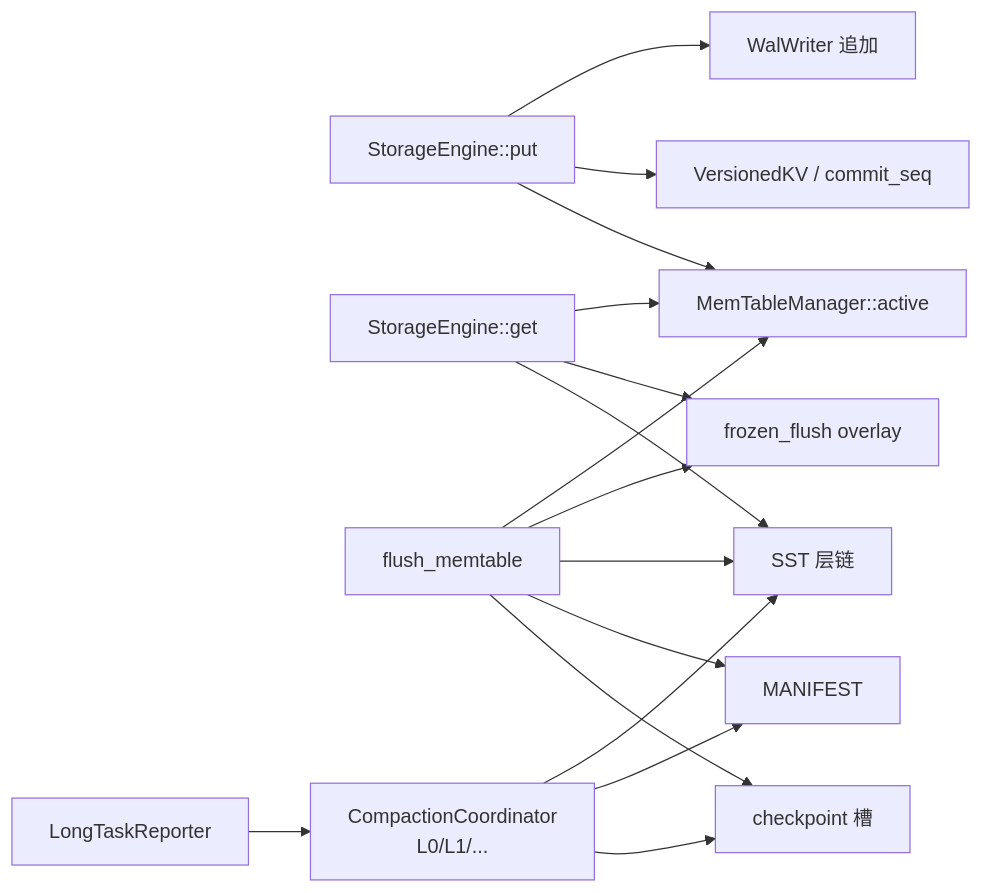
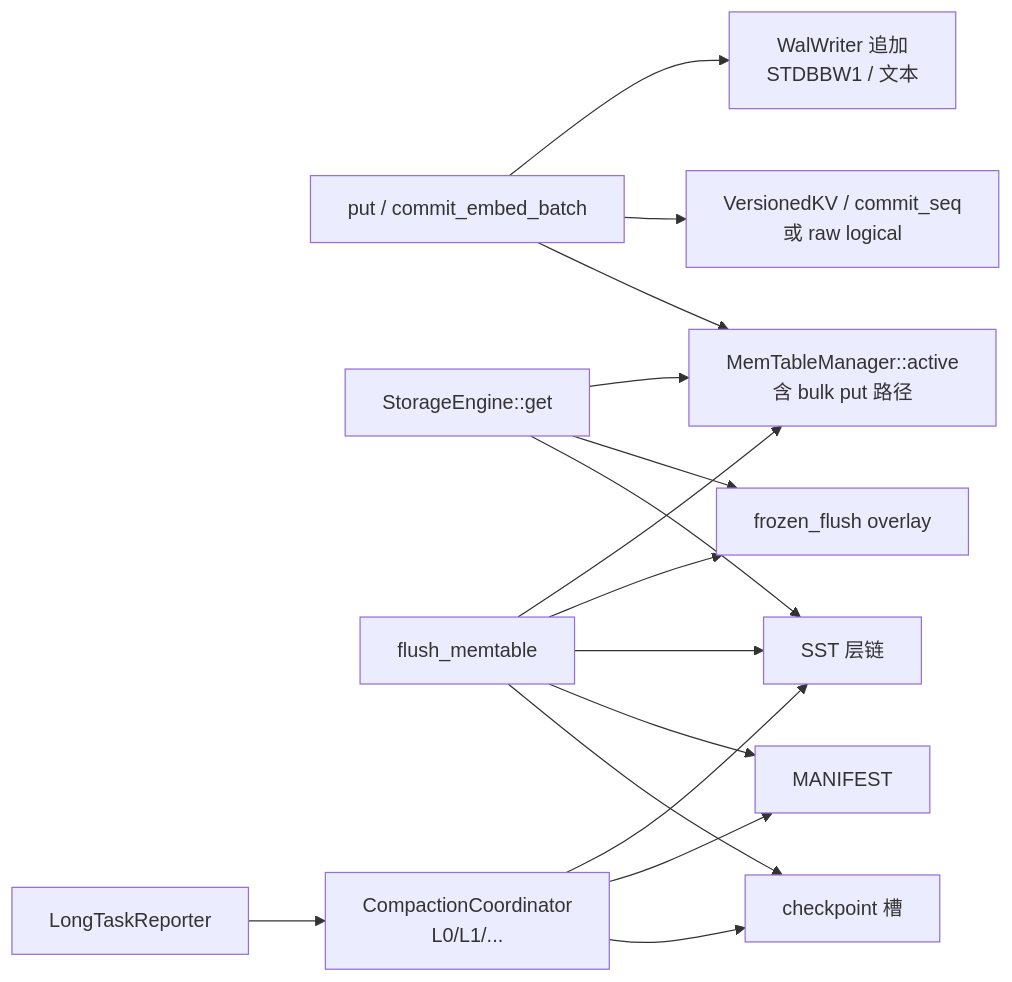
One commit to skyline019/database changed the seventh of 7 diagrams in Docs/ARCHITECTURE.md. Above: the diagram before and after it, drawn with Mermaid. The commit also changed other lines of this file and 167 other files, not shown here.

````diff
--- a/Docs/ARCHITECTURE.md
+++ b/Docs/ARCHITECTURE.md
@@ -510,18 +590,18 @@
 ```mermaid
 flowchart LR
-  PUT["StorageEngine::put"] --> WAL2["WalWriter 追加"]
-  PUT --> VK["VersionedKV / commit_seq"]
-  PUT --> MTM2["MemTableManager::active"]
+  PUT["put / commit_embed_batch"] --> WAL2["WalWriter 追加\nSTDBBW1 / 文本"]
+  PUT --> VK["VersionedKV / commit_seq\n或 raw logical"]
+  PUT --> MTM2["MemTableManager::active\n含 bulk put 路径"]
   GET["StorageEngine::get"] --> MTM2
   GET --> FRZ["frozen_flush overlay"]
   GET --> SST2["SST 层链"]
   FL["flush_memtable"] --> MTM2
   FL --> FRZ
   FL --> SST2
   FL --> MAN["MANIFEST"]
   FL --> CP["checkpoint 槽"]
   CM["CompactionCoordinator\nL0/L1/..."] --> SST2
   CM --> MAN
   CM --> CP
   LT2["LongTaskReporter"] --> CM
 ```
````
